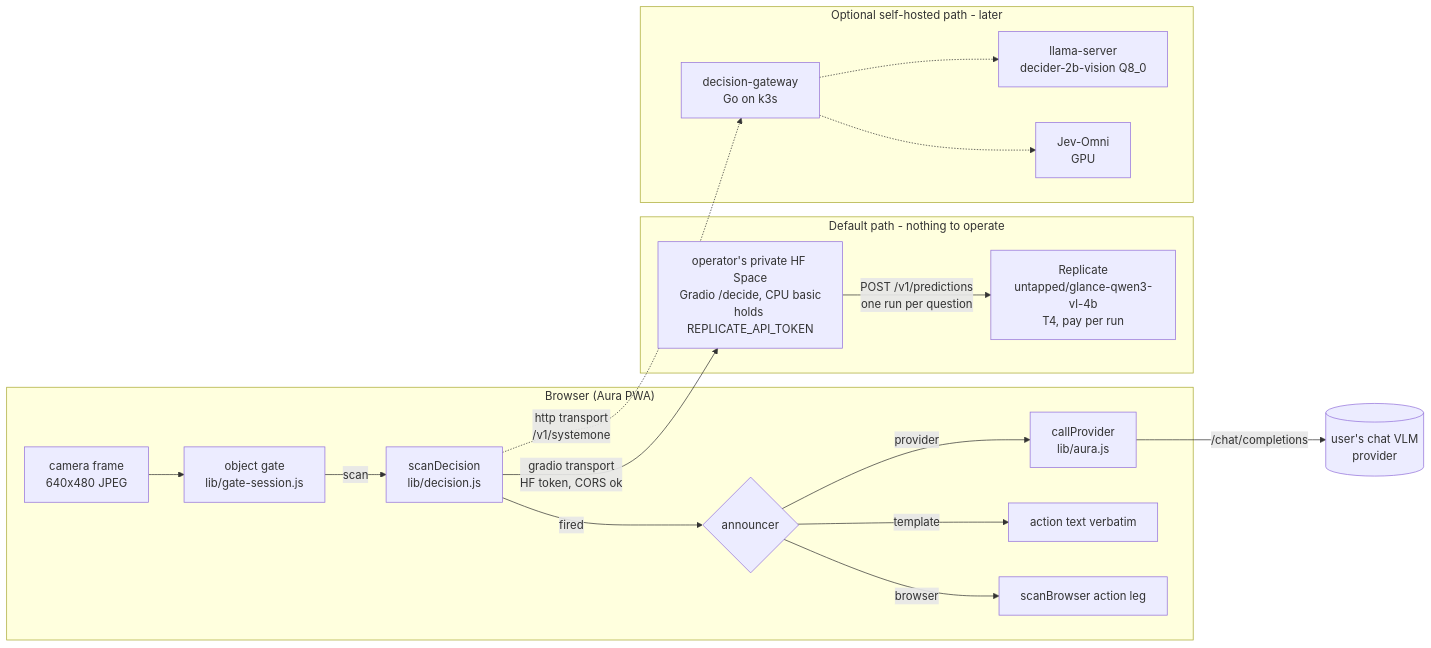
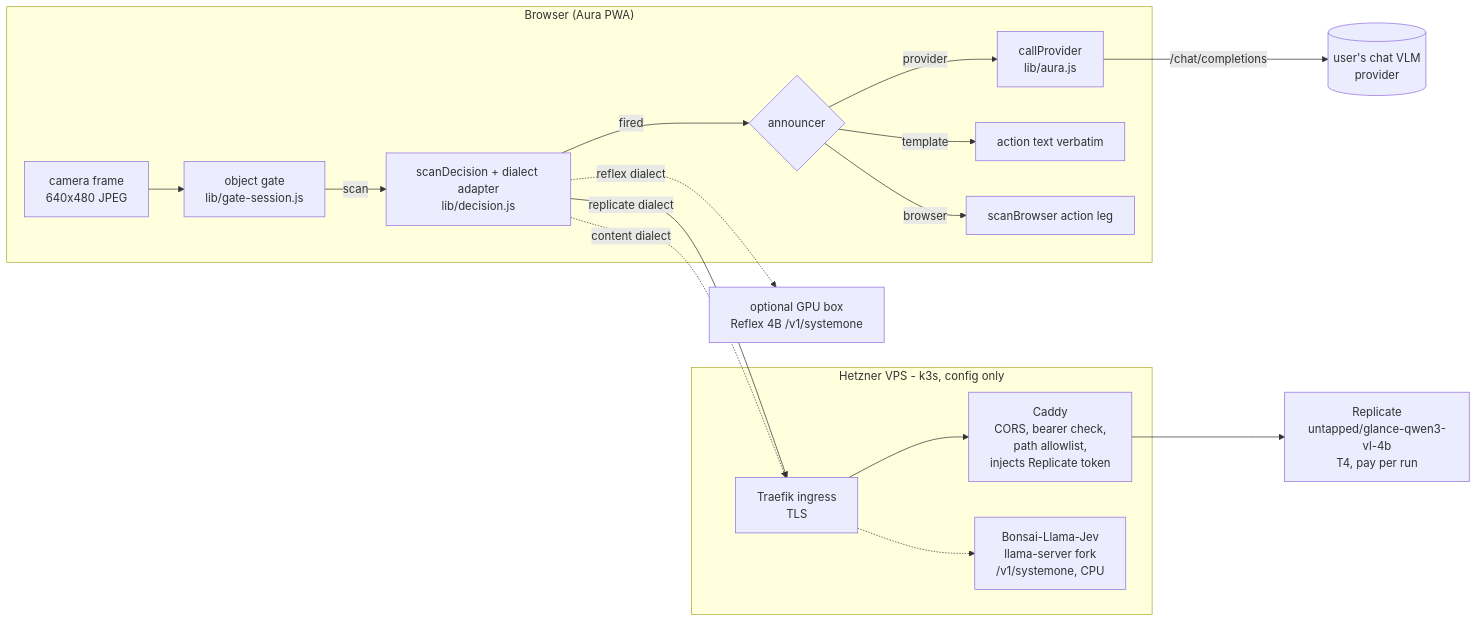
The first of 2 diagrams in docs/PRD-decision-engine.md (barakplasma/Aura), drawn with Mermaid before and after one commit. The commit also changed other lines of this file, not shown here.

First line of the commit message:
docs(prd): config-only serving; drop the Go gateway

````diff
--- a/docs/PRD-decision-engine.md
+++ b/docs/PRD-decision-engine.md
@@ -146,29 +148,25 @@
 ```mermaid
 flowchart LR
   subgraph Phone["Browser (Aura PWA)"]
     CAM[camera frame<br/>640x480 JPEG] --> GATE[object gate<br/>lib/gate-session.js]
-    GATE -->|scan| DEC[scanDecision<br/>lib/decision.js]
+    GATE -->|scan| DEC[scanDecision + dialect adapter<br/>lib/decision.js]
     DEC -->|fired| ANN{announcer}
     ANN -->|provider| PROV[callProvider<br/>lib/aura.js]
     ANN -->|template| TPL[action text verbatim]
     ANN -->|browser| BRW[scanBrowser action leg]
   end
 
-  subgraph Default["Default path - nothing to operate"]
-    SP[operator's private HF Space<br/>Gradio /decide, CPU basic<br/>holds REPLICATE_API_TOKEN]
-    RP[Replicate<br/>untapped/glance-qwen3-vl-4b<br/>T4, pay per run]
+  subgraph K3s["Hetzner VPS - k3s, config only"]
+    ING[Traefik ingress<br/>TLS]
+    CAD[Caddy<br/>CORS, bearer check,<br/>path allowlist,<br/>injects Replicate token]
+    BON[Bonsai-Llama-Jev<br/>llama-server fork<br/>/v1/systemone, CPU]
   end
 
-  subgraph Later["Optional self-hosted path - later"]
-    GW[decision-gateway<br/>Go on k3s]
-    LS[llama-server<br/>decider-2b-vision Q8_0]
-    JO[Jev-Omni<br/>GPU]
-  end
+  RP[Replicate<br/>untapped/glance-qwen3-vl-4b<br/>T4, pay per run]
+  GPU[optional GPU box<br/>Reflex 4B /v1/systemone]
 
-  DEC -- "gradio transport<br/>HF token, CORS ok" --> SP
-  SP -- "POST /v1/predictions<br/>one run per question" --> RP
-  DEC -. "http transport<br/>/v1/systemone" .-> GW
-  GW -.-> LS
-  GW -.-> JO
+  DEC -- "replicate dialect" --> ING --> CAD --> RP
+  DEC -. "content dialect" .-> ING -.-> BON
+  DEC -. "reflex dialect" .-> GPU
   PROV -- "/chat/completions" --> CLOUD[(user's chat VLM<br/>provider)]
 ```
````
